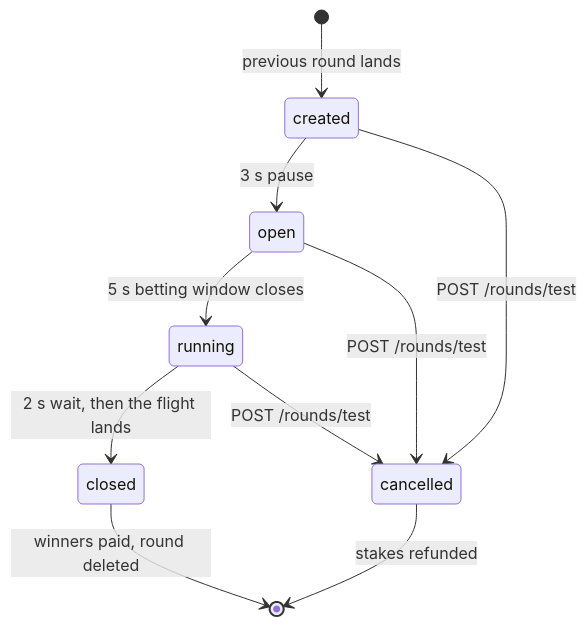
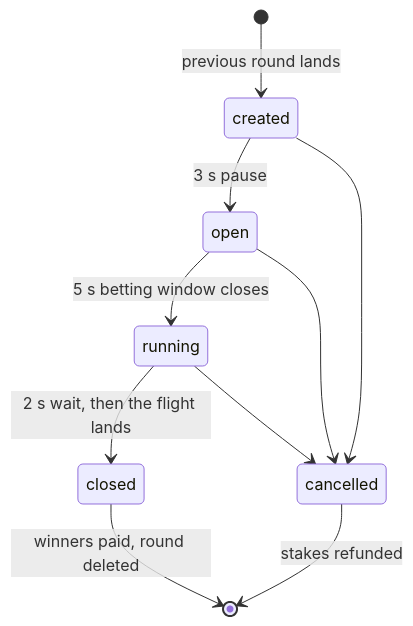
The first of 3 diagrams in README.md (hegofe/multiplayer-game-server), drawn with Mermaid before and after one commit. The commit also changed other lines of this file, not shown here.

Commit message:
readme updated

````diff
--- a/README.md
+++ b/README.md
@@ -20,12 +20,12 @@
 ```mermaid
 stateDiagram-v2
     [*] --> created: previous round lands
     created --> open: 3 s pause
     open --> running: 5 s betting window closes
     running --> closed: 2 s wait, then the flight lands
     closed --> [*]: winners paid, round deleted
-    created --> cancelled: POST /rounds/test
-    open --> cancelled: POST /rounds/test
-    running --> cancelled: POST /rounds/test
+    created --> cancelled
+    open --> cancelled
+    running --> cancelled
     cancelled --> [*]: stakes refunded
 ```
````
